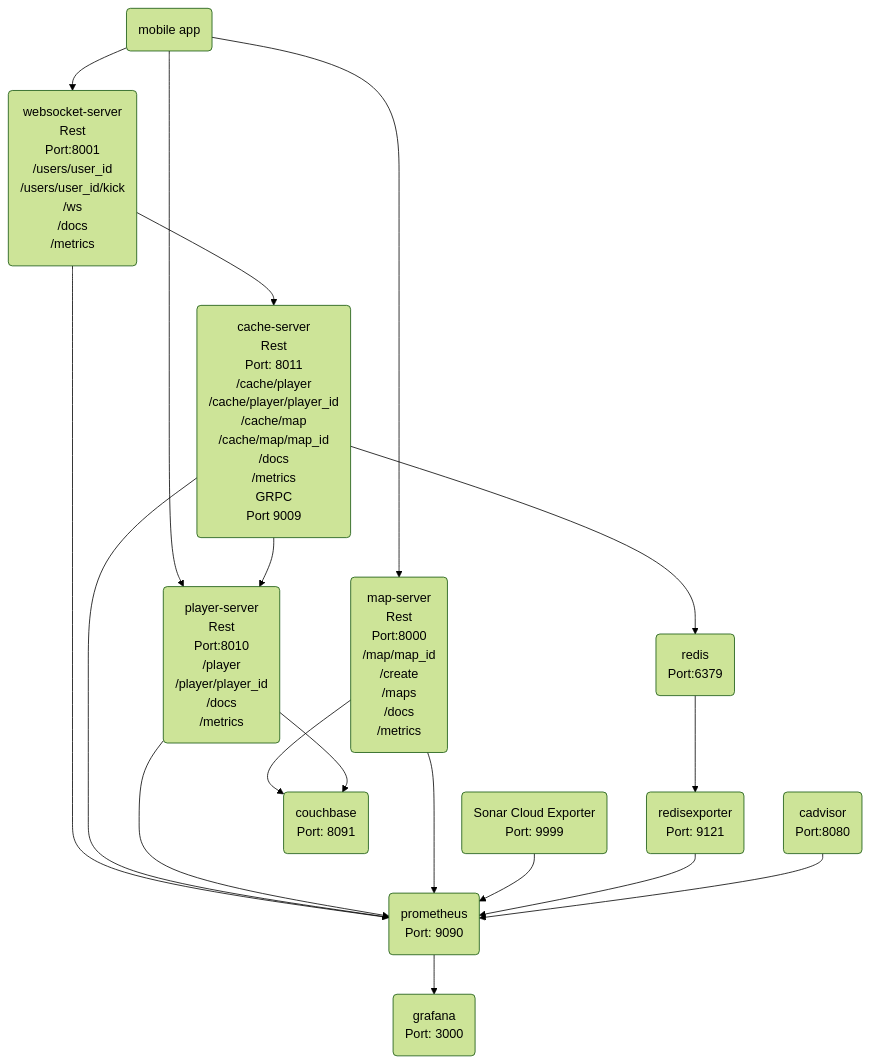
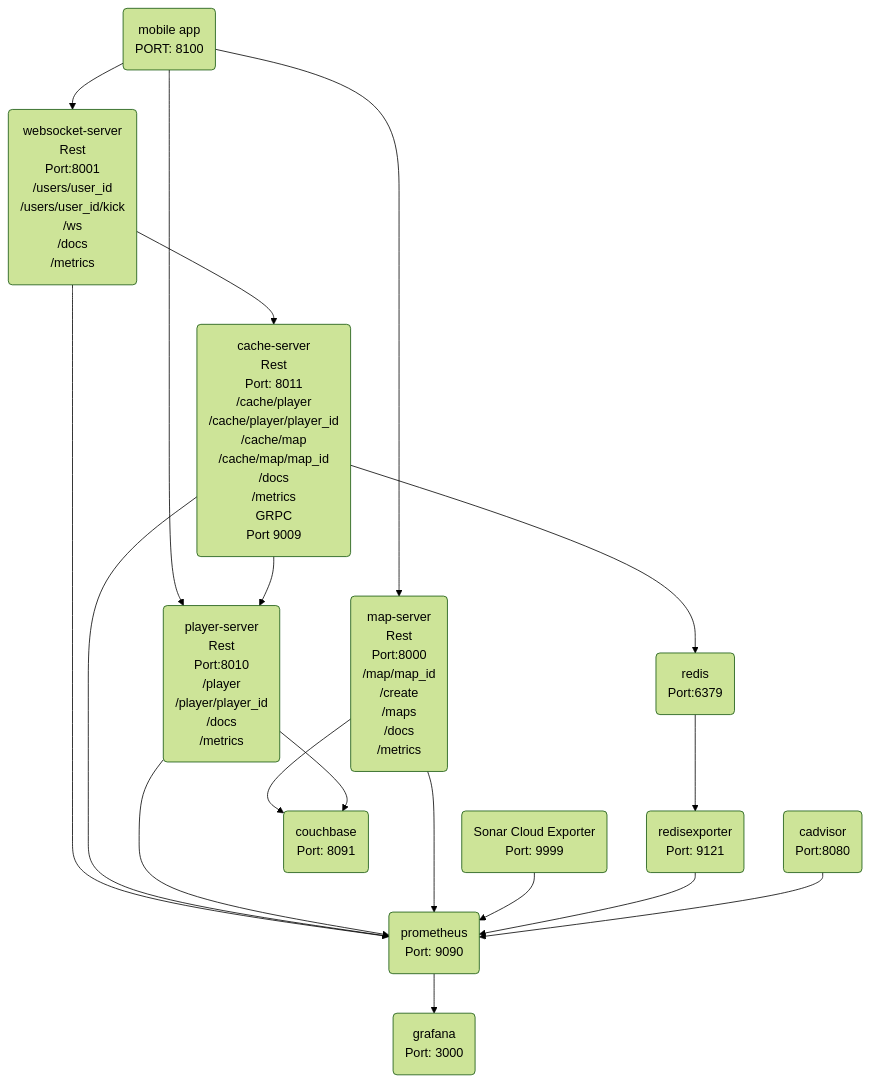
Before and after one commit to codeiain/stunning-tribble: the diagram in structure.md, drawn with Mermaid (forest theme). The commit also changed 2 other files, not shown here.

````diff
--- a/structure.md
+++ b/structure.md
@@ -1,37 +1,37 @@
 ```mermaid
 flowchart TD
 
-    mobile-app(mobile app \n)
+    mobile-app(mobile app \n PORT: 8100)
     websocket-server(websocket-server \n Rest \n Port:8001\n /users/user_id \n /users/user_id/kick \n /ws \n /docs \n /metrics)
     cache-server(cache-server \n Rest \n Port: 8011\n /cache/player \n /cache/player/player_id \n /cache/map \n /cache/map/map_id \n /docs \n /metrics\n GRPC \n Port 9009)
     player-server(player-server \n Rest \n Port:8010\n /player\n /player/player_id \n /docs \n /metrics)
     map-server(map-server \n Rest \n Port:8000 \n /map/map_id \n /create \n /maps \n /docs \n /metrics)
 
     sonarcloudexporter(Sonar Cloud Exporter \n Port: 9999 )
     cadvisor(cadvisor\n Port:8080)
     redis-exporter(redisexporter\n Port: 9121)
     grafana(grafana \n Port: 3000)
     couchbase(couchbase \n Port: 8091)
     prometheus(prometheus \n Port: 9090)
     redis(redis \n Port:6379)
     
     mobile-app --> websocket-server
     websocket-server --> cache-server
     mobile-app --> player-server
     mobile-app --> map-server
     cache-server --> player-server
     map-server --> couchbase
     player-server --> couchbase
     cache-server --> redis
 
     websocket-server --> prometheus
     cache-server --> prometheus
     player-server --> prometheus
     map-server --> prometheus
     sonarcloudexporter --> prometheus
     redis-exporter -->prometheus
     cadvisor --> prometheus
     prometheus --> grafana
     redis --> redis-exporter
 
 ```
````
